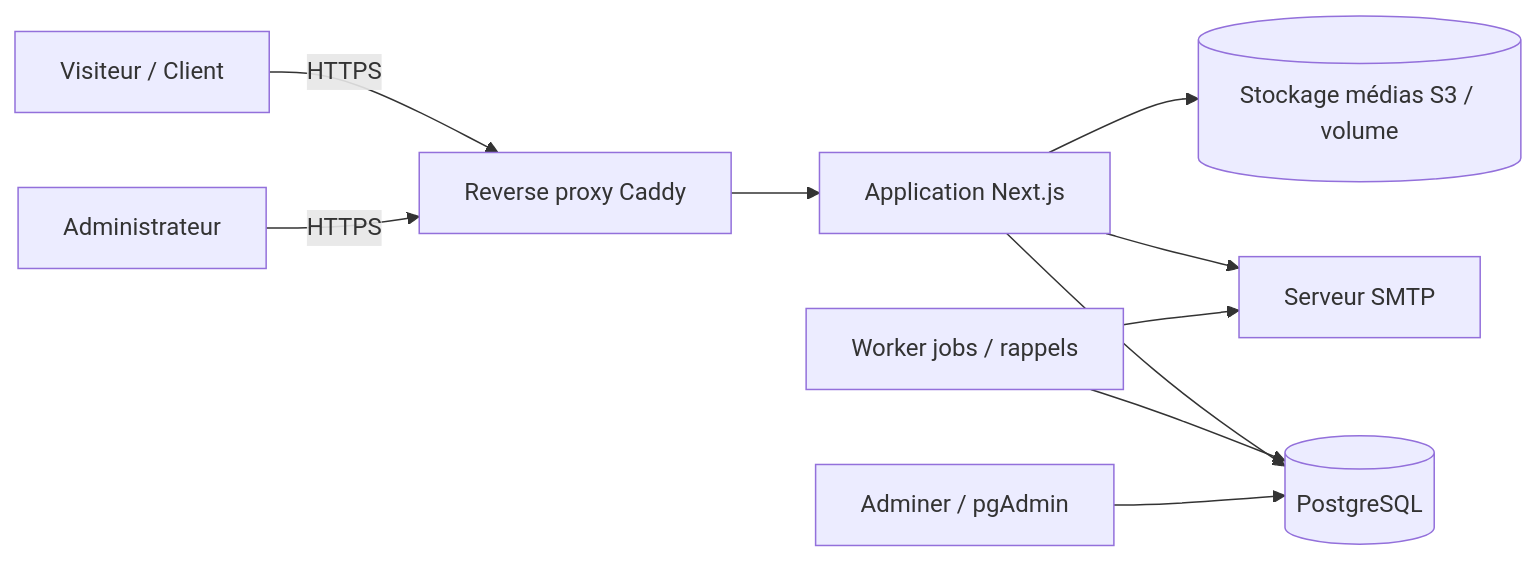
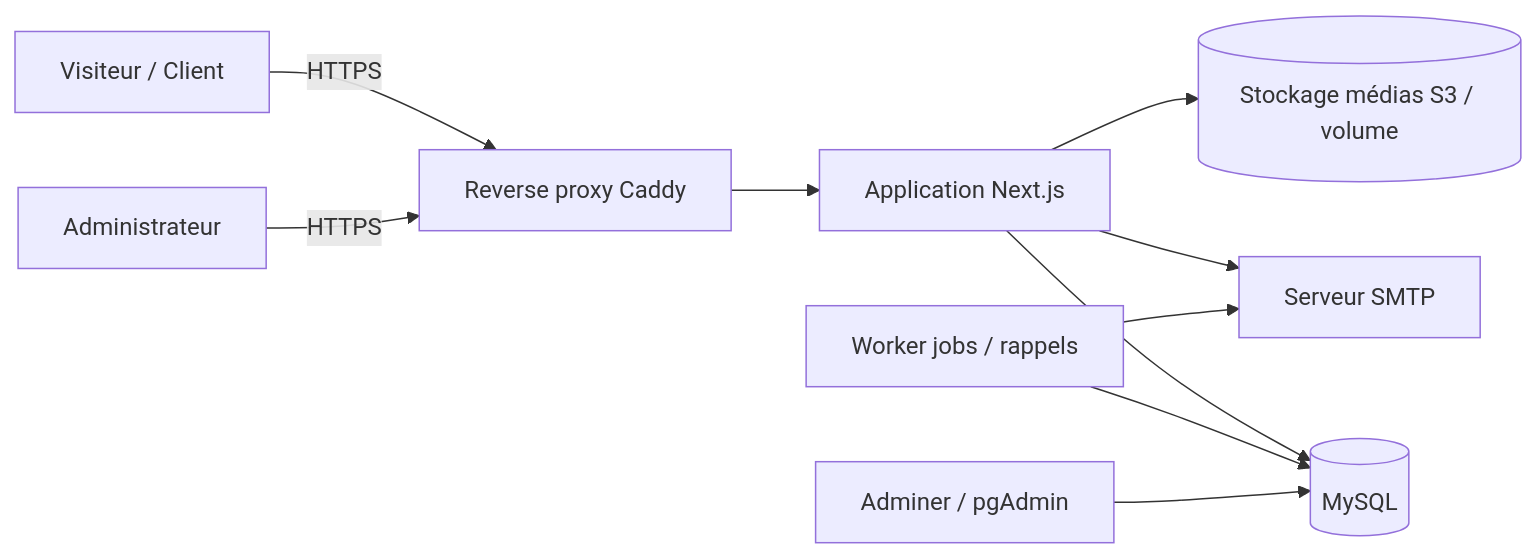
One commit to franchesco971/beafrocoiffure changed the first of 3 diagrams in DOCUMENT-TECHNIQUE.md. Above: the diagram before and after it, drawn with Mermaid. The commit also changed other lines of this file and 23 other files, not shown here.

````diff
--- a/DOCUMENT-TECHNIQUE.md
+++ b/DOCUMENT-TECHNIQUE.md
@@ -84,12 +84,12 @@
 ```mermaid
 flowchart LR
     V[Visiteur / Client] -->|HTTPS| P[Reverse proxy Caddy]
     A[Administrateur] -->|HTTPS| P
     P --> W[Application Next.js]
-    W --> DB[(PostgreSQL)]
+    W --> DB[(MySQL)]
     W --> S[(Stockage médias S3 / volume)]
     W --> M[Serveur SMTP]
     J[Worker jobs / rappels] --> DB
     J --> M
     SQL[Adminer / pgAdmin] --> DB
 ```
````
